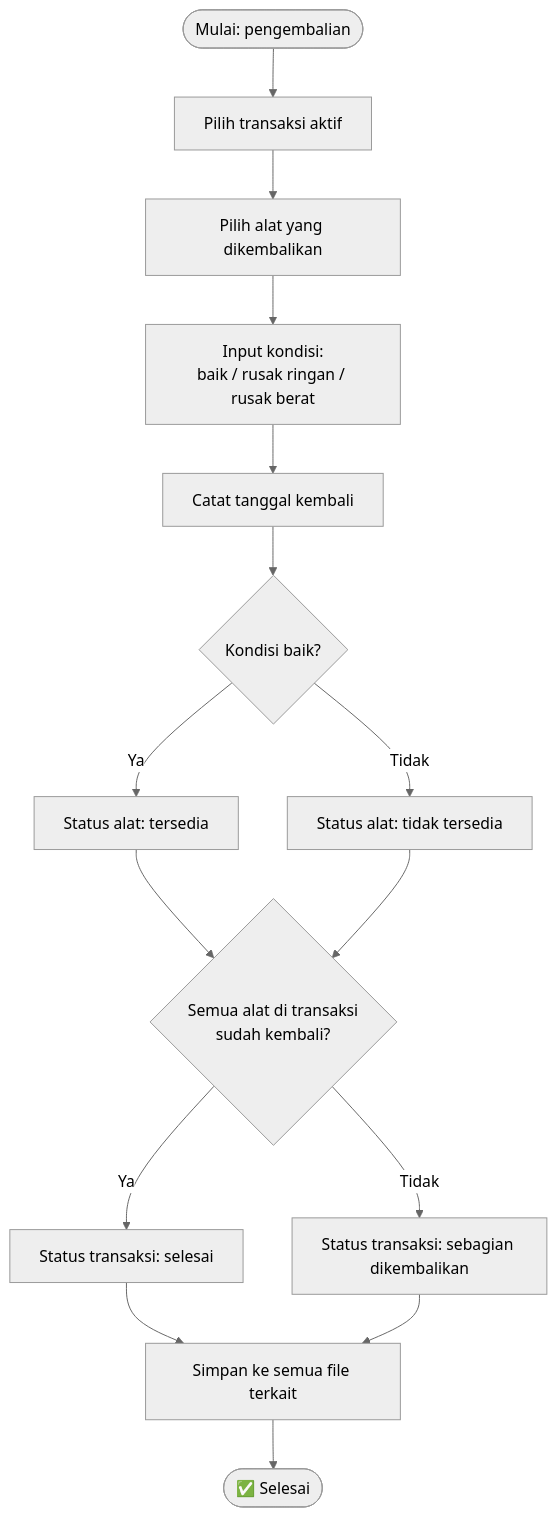
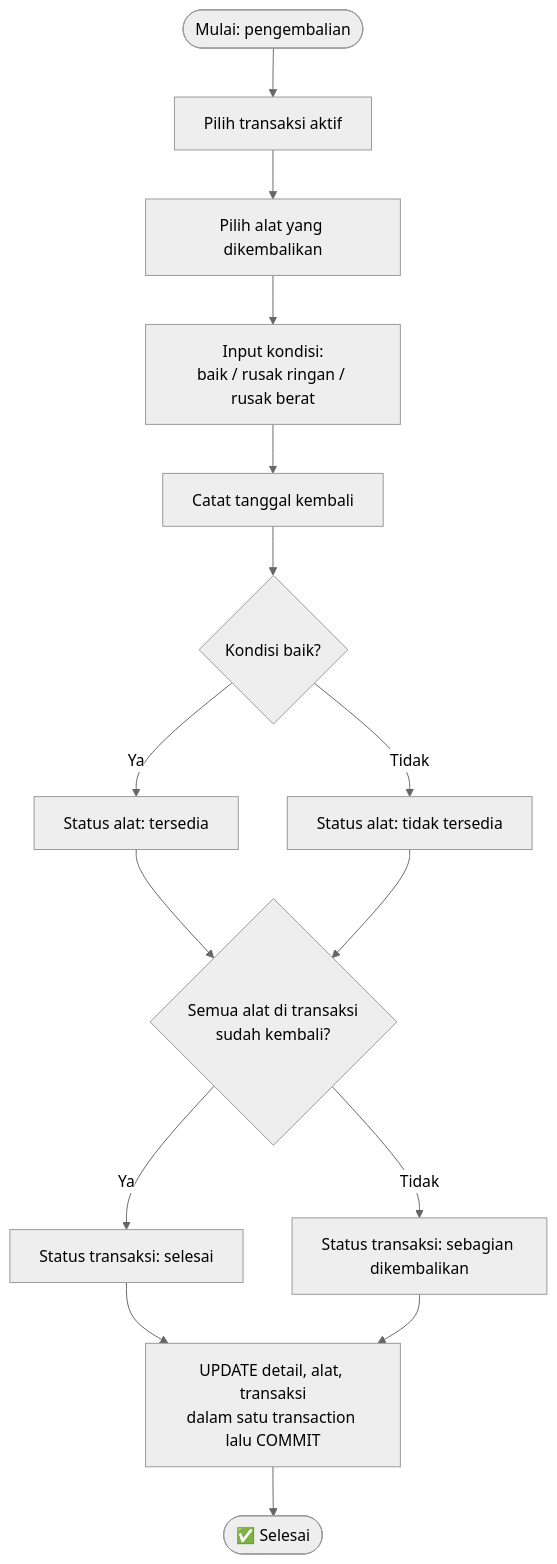
The seventh of 10 diagrams in project_kedua/project_instruction.md (rifaidanu/project-praktikum-pemrograman), drawn with Mermaid (neutral theme) before and after one commit. The commit also changed other lines of this file and 7 other files, not shown here.

````diff
--- a/project_kedua/project_instruction.md
+++ b/project_kedua/project_instruction.md
@@ -203,17 +286,17 @@
 ```mermaid
 flowchart TD
     S([Mulai: pengembalian]) --> A[Pilih transaksi aktif]
     A --> B[Pilih alat yang dikembalikan]
     B --> C[Input kondisi:<br/>baik / rusak ringan / rusak berat]
     C --> D[Catat tanggal kembali]
     D --> E{Kondisi baik?}
     E -->|Ya| F[Status alat: tersedia]
     E -->|Tidak| G[Status alat: tidak tersedia]
     F --> H{Semua alat di transaksi<br/>sudah kembali?}
     G --> H
     H -->|Ya| I[Status transaksi: selesai]
     H -->|Tidak| J[Status transaksi: sebagian dikembalikan]
-    I --> K[Simpan ke semua file terkait]
+    I --> K[UPDATE detail, alat, transaksi<br/>dalam satu transaction lalu COMMIT]
     J --> K
     K --> OK([✅ Selesai])
 ```
````
